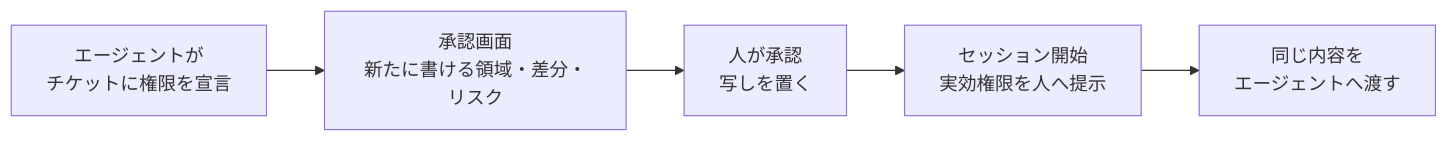
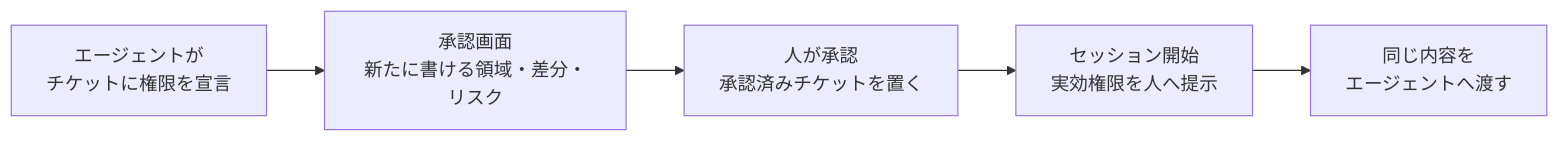
Before and after one commit to yuki-matsu783/ccnavi: the first of 4 diagrams in requirements.md, drawn with Mermaid. The commit also changed other lines of this file and 64 other files, not shown here.

````diff
--- a/requirements.md
+++ b/requirements.md
@@ -529,7 +529,7 @@
 ```mermaid
 flowchart LR
   A[エージェントが<br/>チケットに権限を宣言] --> B[承認画面<br/>新たに書ける領域・差分・リスク]
-  B --> C[人が承認<br/>写しを置く]
+  B --> C[人が承認<br/>承認済みチケットを置く]
   C --> D[セッション開始<br/>実効権限を人へ提示]
   D --> E[同じ内容を<br/>エージェントへ渡す]
 ```
````
